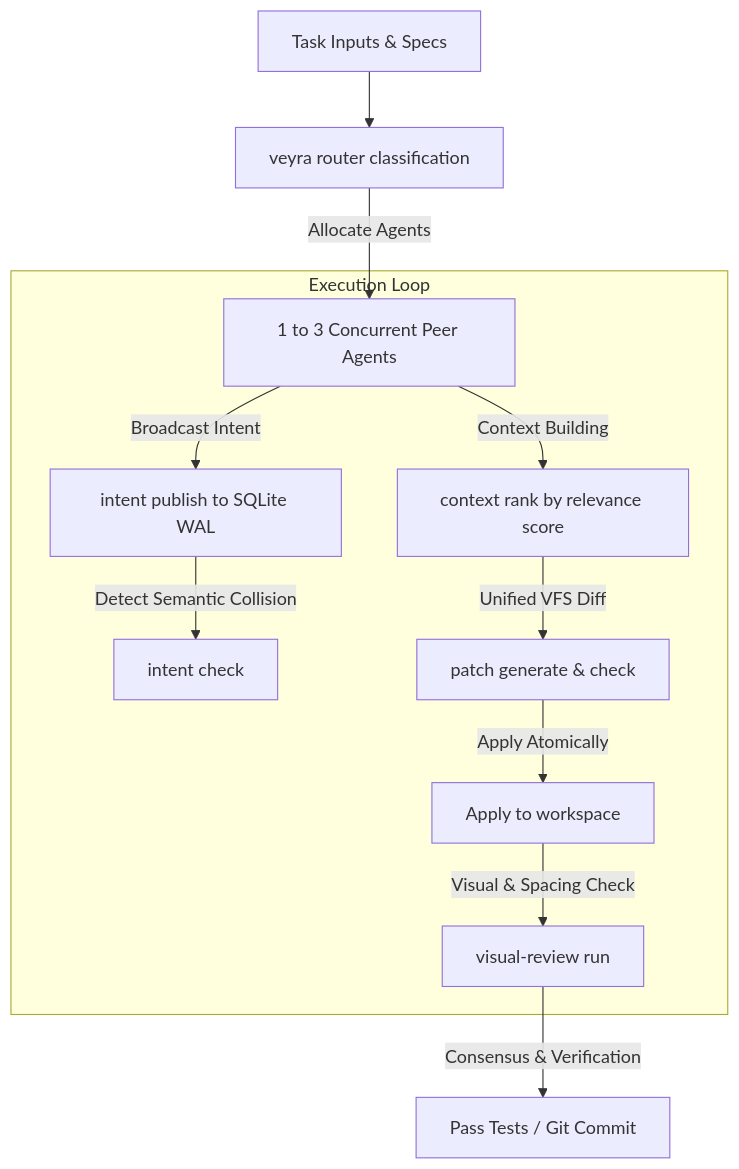
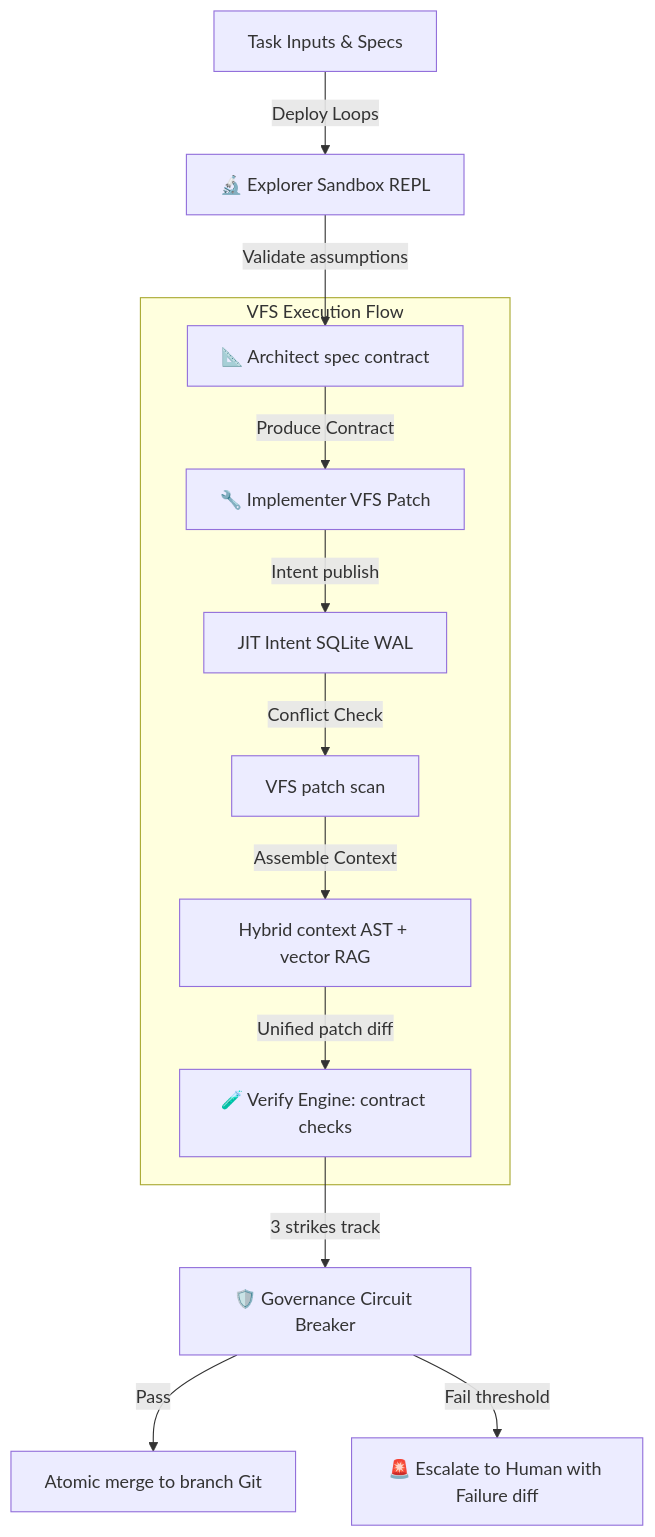
The diagram in context.md (VINYASGM/antiskills), drawn with Mermaid before and after one commit. The commit also changed other lines of this file and 22 other files, not shown here.

Commit message:
feat(v3): implement V3 AI-Native Flow State & Contract-Proven OS

````diff
--- a/context.md
+++ b/context.md
@@ -37,18 +38,18 @@
 ```mermaid
 graph TD
-    TASK[Task Inputs & Specs] --> ROUTER[veyra router classification]
-    ROUTER -->|Allocate Agents| AGENTS[1 to 3 Concurrent Peer Agents]
+    TASK[Task Inputs & Specs] --> |Deploy Loops| EXPLORER[🔬 Explorer Sandbox REPL]
+    EXPLORER --> |Validate assumptions| ARCHITECT[📐 Architect spec contract]
     
-    subgraph Execution Loop
-        AGENTS -->|Broadcast Intent| INTENT[intent publish to SQLite WAL]
-        INTENT -->|Detect Semantic Collision| CONFLICT_CHECK[intent check]
+    subgraph VFS Execution Flow
+        ARCHITECT -->|Produce Contract| IMPLEMENTER[🔧 Implementer VFS Patch]
+        IMPLEMENTER -->|Intent publish| INTENT[JIT Intent SQLite WAL]
+        INTENT -->|Conflict Check| PATCH_CHECK[VFS patch scan]
         
-        AGENTS -->|Context Building| CONTEXT[context rank by relevance score]
-        CONTEXT -->|Unified VFS Diff| PATCH_GEN[patch generate & check]
-        PATCH_GEN -->|Apply Atomically| WORKSPACE[Apply to workspace]
-        
-        WORKSPACE -->|Visual & Spacing Check| VISUAL[visual-review run]
+        PATCH_CHECK -->|Assemble Context| CONTEXT[Hybrid context AST + vector RAG]
+        CONTEXT -->|Unified patch diff| VERIFY[🧪 Verify Engine: contract checks]
     end
     
-    VISUAL -->|Consensus & Verification| STABLE[Pass Tests / Git Commit]
+    VERIFY -->|3 strikes track| GOV[🛡️ Governance Circuit Breaker]
+    GOV -->|Pass| COMMIT[Atomic merge to branch Git]
+    GOV -->|Fail threshold| ALARM[🚨 Escalate to Human with Failure diff]
 ```
````
